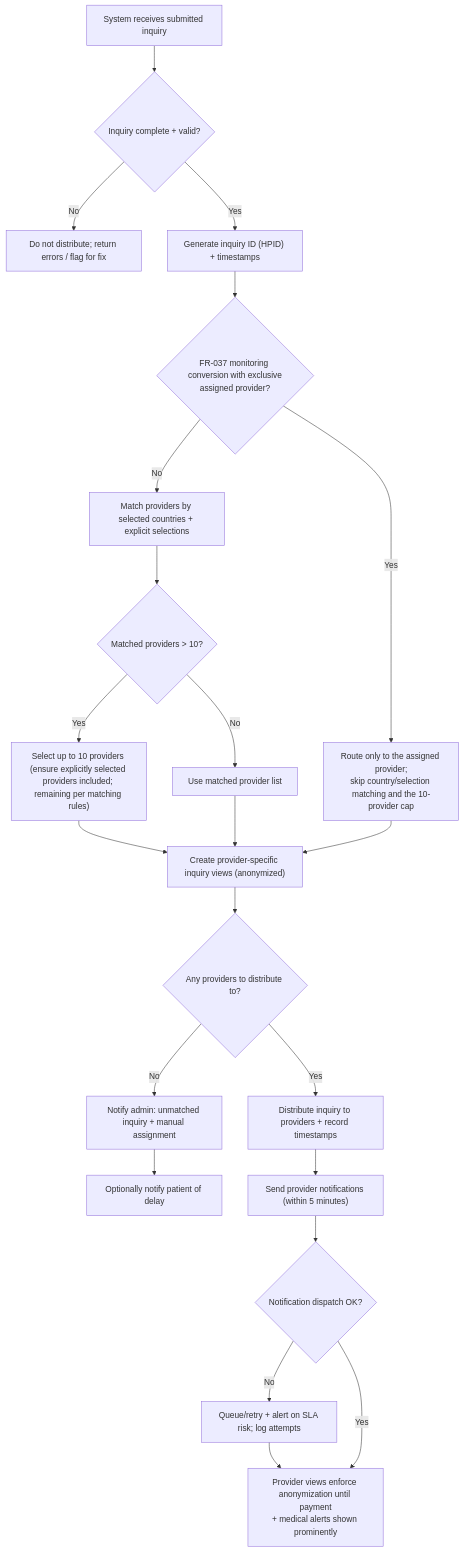
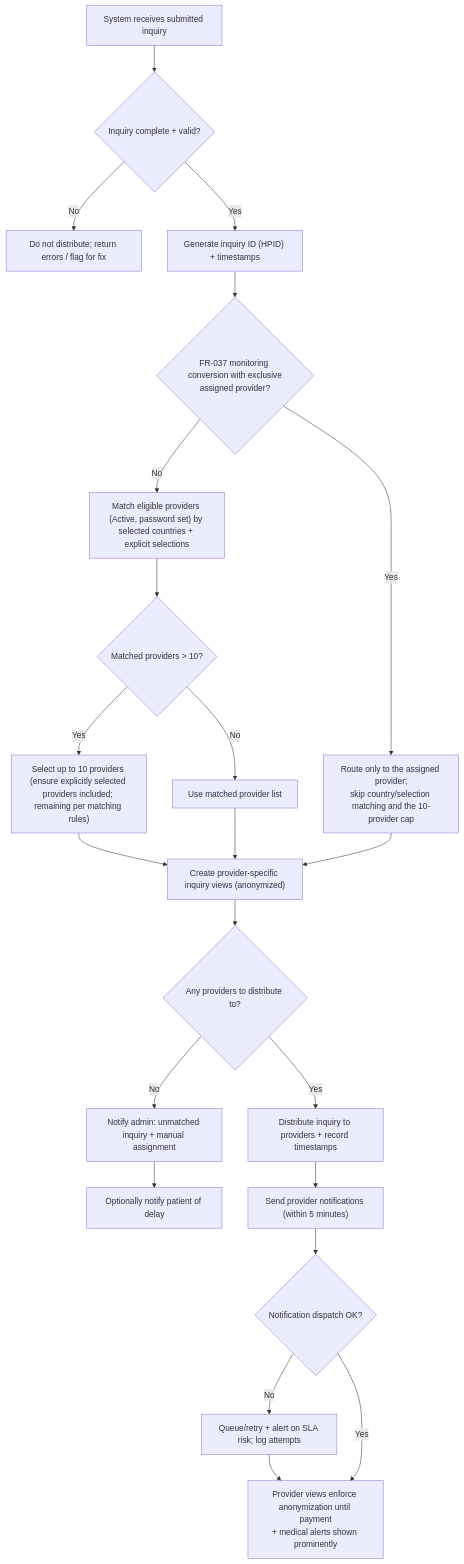
One commit to joachimtrungtuan/hairline-pm-docs changed the sixth of 15 diagrams in project-requirements/functional-requirements/fr003-inquiry-submission/prd.md. Above: the diagram before and after it, drawn with Mermaid. The commit also changed other lines of this file and 1 other file, not shown here.

First line of the commit message:
docs(inquiry): require a set password for FR-003 inquiry distribution

````diff
--- a/project-requirements/functional-requirements/fr003-inquiry-submission/prd.md
+++ b/project-requirements/functional-requirements/fr003-inquiry-submission/prd.md
@@ -188,28 +189,28 @@
 ```mermaid
 flowchart TD
     Start["System receives submitted inquiry"] --> Validate{"Inquiry complete + valid?"}
 
     Validate -->|No| Invalid["Do not distribute; return errors / flag for fix"]
     Validate -->|Yes| Identify["Generate inquiry ID (HPID) + timestamps"]
 
     Identify --> Exclusive{"FR-037 monitoring conversion with exclusive<br/>assigned provider?"}
     Exclusive -->|Yes| ExclusiveRoute["Route only to the assigned provider;<br/>skip country/selection matching and the 10-provider cap"]
-    Exclusive -->|No| Match["Match providers by selected countries + explicit selections"]
+    Exclusive -->|No| Match["Match eligible providers (Active, password set) by selected countries + explicit selections"]
     Match --> Cap{"Matched providers &gt; 10?"}
     Cap -->|Yes| Select10["Select up to 10 providers (ensure explicitly selected providers included; remaining per matching rules)"]
     Cap -->|No| Matched["Use matched provider list"]
 
     Select10 --> Views["Create provider-specific inquiry views (anonymized)"]
     Matched --> Views
     ExclusiveRoute --> Views
 
     Views --> Found{"Any providers to distribute to?"}
     Found -->|No| Manual["Notify admin: unmatched inquiry + manual assignment"]
     Manual --> Delay["Optionally notify patient of delay"]
 
     Found -->|Yes| Distribute["Distribute inquiry to providers + record timestamps"]
     Distribute --> Notify["Send provider notifications (within 5 minutes)"]
     Notify --> NotifyOk{"Notification dispatch OK?"}
     NotifyOk -->|No| Retry["Queue/retry + alert on SLA risk; log attempts"] --> Access
     NotifyOk -->|Yes| Access["Provider views enforce anonymization until payment<br/>+ medical alerts shown prominently"]
 ```
````
